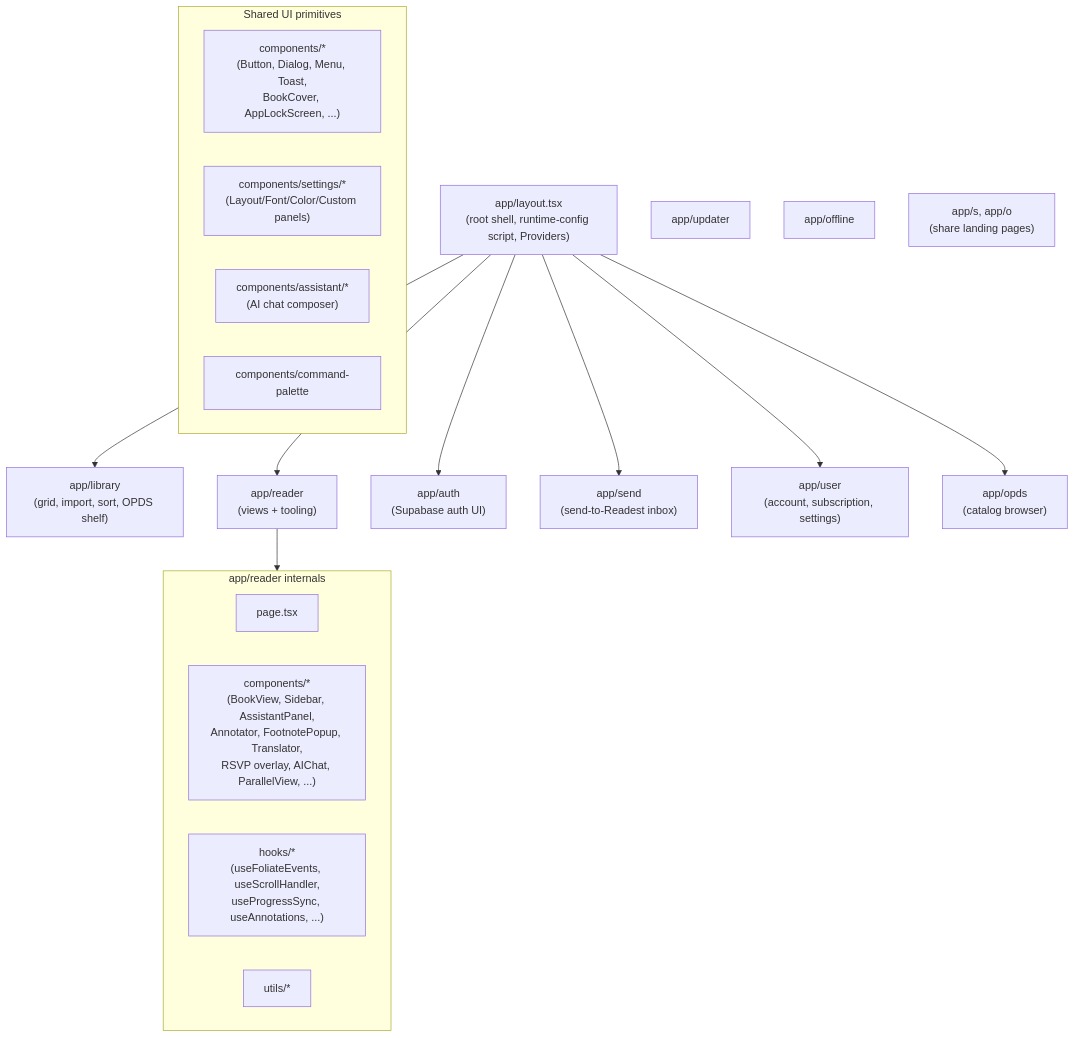
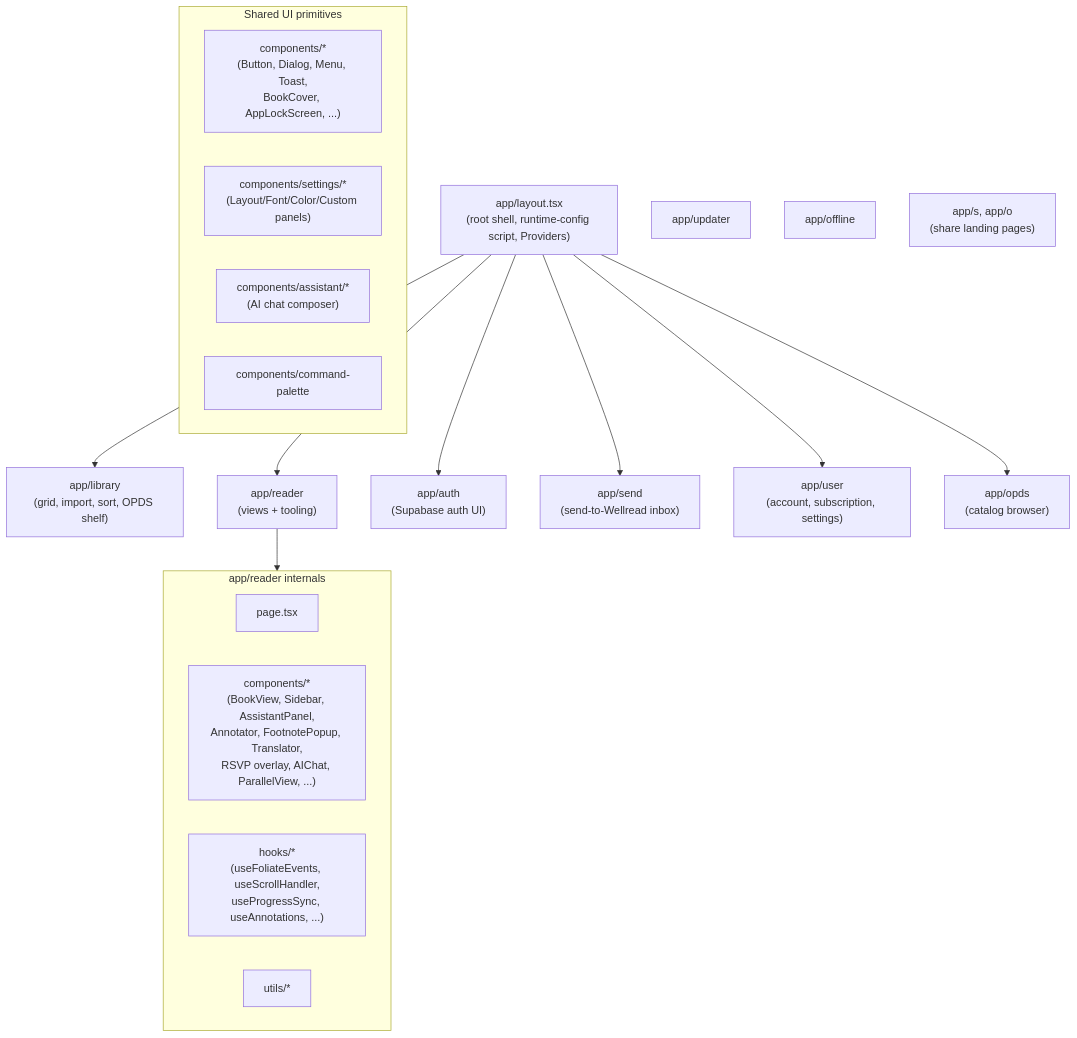
The third of 5 diagrams in apps/readest-app/docs/architecture.md (lima1217/wellread), drawn with Mermaid before and after one commit. The commit also changed other lines of this file and 204 other files, not shown here.

Commit message:
Rebrand product identity from Readest to Wellread across app, docs, and packaging.

````diff
--- a/apps/readest-app/docs/architecture.md
+++ b/apps/readest-app/docs/architecture.md
@@ -164,35 +160,35 @@
 ```mermaid
 flowchart TB
     Layout["app/layout.tsx<br/>(root shell, runtime-config script, Providers)"]
     Library["app/library<br/>(grid, import, sort, OPDS shelf)"]
     Reader["app/reader<br/>(views + tooling)"]
     Auth["app/auth<br/>(Supabase auth UI)"]
-    Send["app/send<br/>(send-to-Readest inbox)"]
+    Send["app/send<br/>(send-to-Wellread inbox)"]
     User["app/user<br/>(account, subscription, settings)"]
     Updater["app/updater"]
     Offline["app/offline"]
     OPDS["app/opds<br/>(catalog browser)"]
     Share["app/s, app/o<br/>(share landing pages)"]
 
     Layout --> Library
     Layout --> Reader
     Layout --> Auth
     Layout --> Send
     Layout --> User
     Layout --> OPDS
 
     subgraph ReaderInternals["app/reader internals"]
         ReaderPage["page.tsx"]
         ReaderComps["components/*<br/>(BookView, Sidebar, AssistantPanel,<br/>Annotator, FootnotePopup, Translator,<br/>RSVP overlay, AIChat, ParallelView, ...)"]
         ReaderHooks["hooks/*<br/>(useFoliateEvents, useScrollHandler,<br/>useProgressSync, useAnnotations, ...)"]
         ReaderUtils["utils/*"]
     end
     Reader --> ReaderInternals
 
     subgraph Shared["Shared UI primitives"]
         Components["components/*<br/>(Button, Dialog, Menu, Toast,<br/>BookCover, AppLockScreen, ...)"]
         Settings["components/settings/*<br/>(Layout/Font/Color/Custom panels)"]
         Assistant["components/assistant/*<br/>(AI chat composer)"]
         CmdPalette["components/command-palette"]
     end
 ```
````
